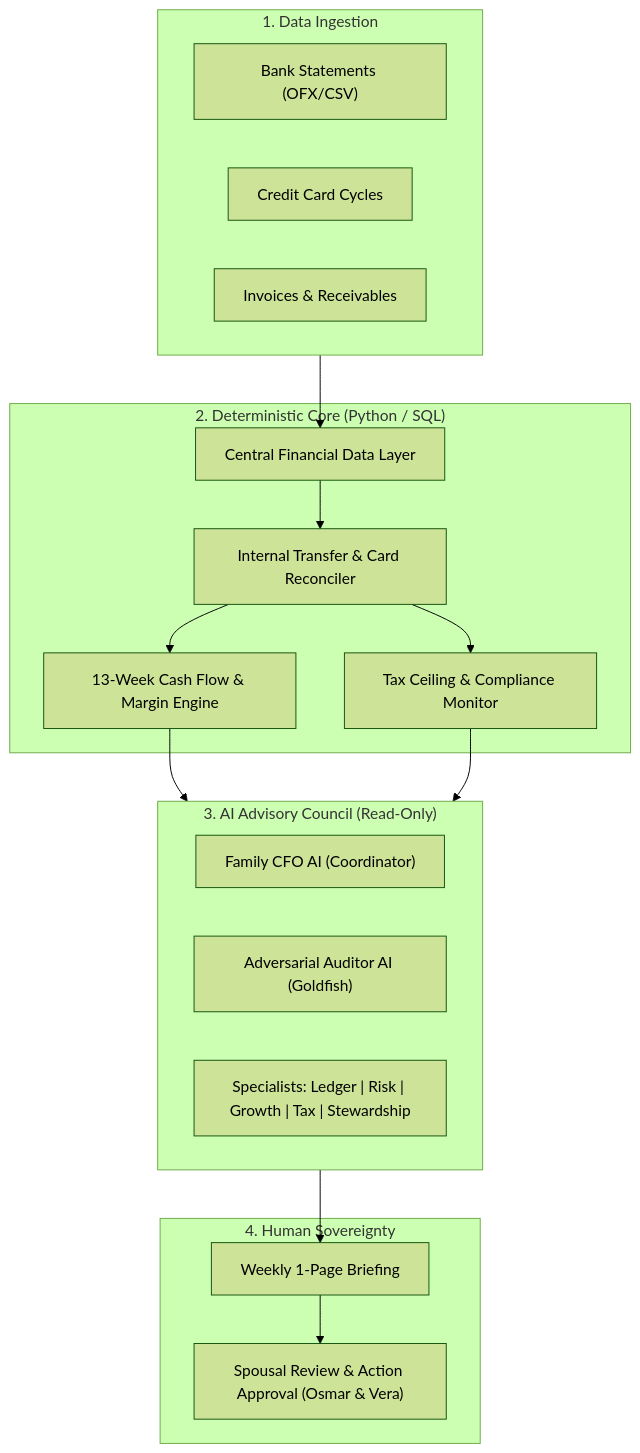
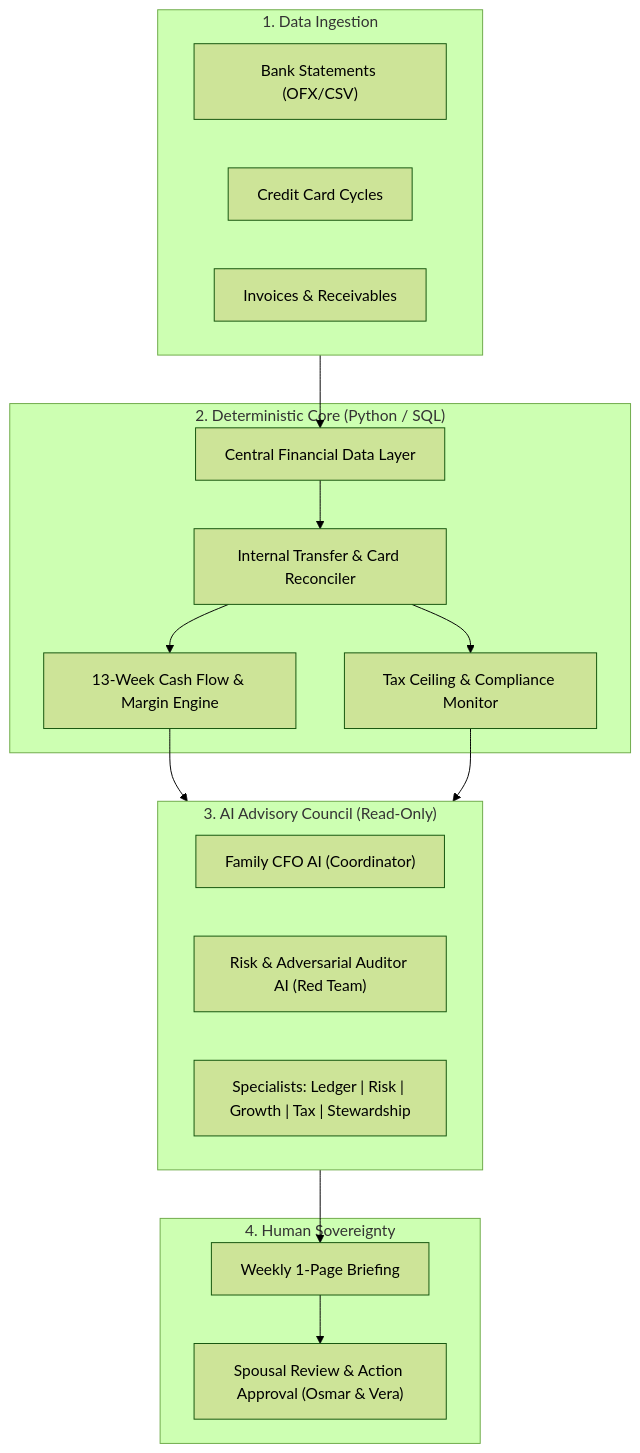
One commit to Henzen3d/open-family-office changed the diagram in README.md. Above: the diagram before and after it, drawn with Mermaid (forest theme). The commit also changed other lines of this file and 23 other files, not shown here.

````diff
--- a/README.md
+++ b/README.md
@@ -105,35 +105,35 @@
 ```mermaid
 flowchart TD
     subgraph Input["1. Data Ingestion"]
         OFX["Bank Statements (OFX/CSV)"]
         CC["Credit Card Cycles"]
         INV["Invoices & Receivables"]
     end
 
     subgraph Core["2. Deterministic Core (Python / SQL)"]
         SSOT["Central Financial Data Layer"]
         RECON["Internal Transfer & Card Reconciler"]
         MATH["13-Week Cash Flow & Margin Engine"]
         TAX["Tax Ceiling & Compliance Monitor"]
     end
 
     subgraph Council["3. AI Advisory Council (Read-Only)"]
         CFO["Family CFO AI (Coordinator)"]
-        RED["Adversarial Auditor AI (Goldfish)"]
+        RED["Risk & Adversarial Auditor AI (Red Team)"]
         SPEC["Specialists: Ledger | Risk | Growth | Tax | Stewardship"]
     end
 
     subgraph Governance["4. Human Sovereignty"]
         BRIEF["Weekly 1-Page Briefing"]
         HUMAN["Spousal Review & Action Approval (Osmar & Vera)"]
     end
 
     Input --> SSOT
     SSOT --> RECON
     RECON --> MATH
     RECON --> TAX
     MATH --> Council
     TAX --> Council
     Council --> BRIEF
     BRIEF --> HUMAN
 ```
````
